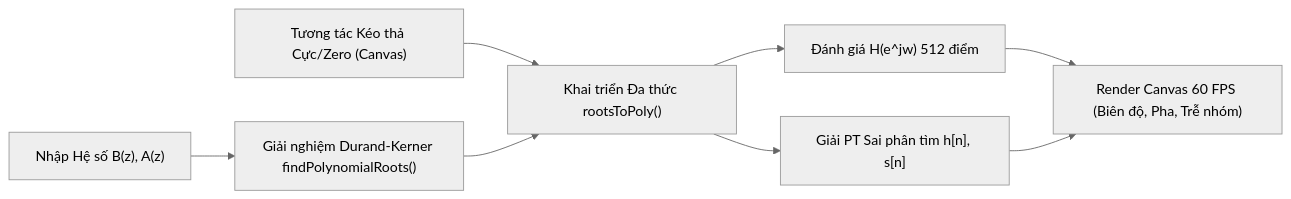
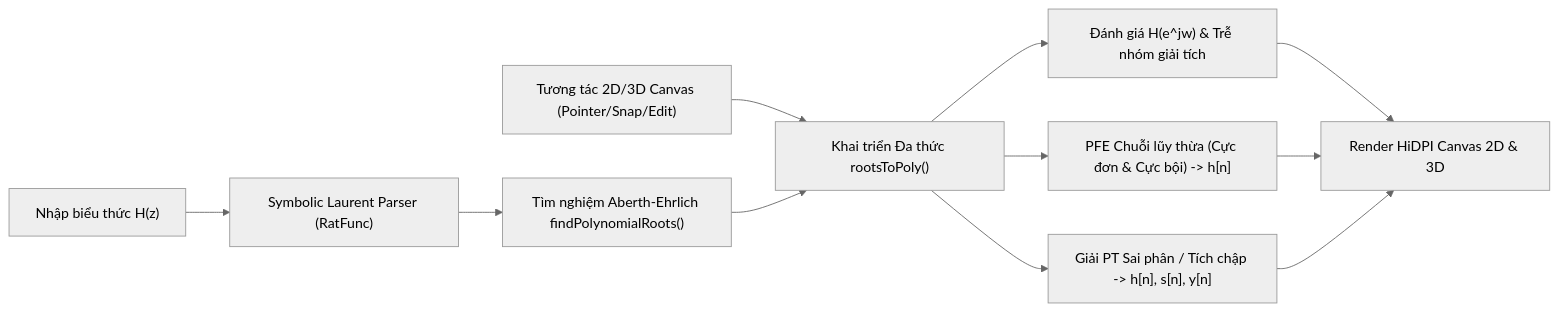
One commit to anhletuan2408-glitch/xulysotinhieu changed the diagram in BAO_CAO_THIET_KE.md. Above: the diagram before and after it, drawn with Mermaid (neutral theme). The commit also changed other lines of this file and 41 other files, not shown here.

````diff
--- a/BAO_CAO_THIET_KE.md
+++ b/BAO_CAO_THIET_KE.md
@@ -47,10 +48,13 @@
 ```mermaid
 flowchart LR
-    A["Tương tác Kéo thả Cực/Zero (Canvas)"] --> B["Khai triển Đa thức rootsToPoly()"]
-    C["Nhập Hệ số B(z), A(z)"] --> D["Giải nghiệm Durand-Kerner findPolynomialRoots()"]
-    D --> B
-    B --> E["Đánh giá H(e^jw) 512 điểm"]
-    B --> F["Giải PT Sai phân tìm h[n], s[n]"]
-    E --> G["Render Canvas 60 FPS (Biên độ, Pha, Trễ nhóm)"]
-    F --> G
+    A["Tương tác 2D/3D Canvas (Pointer/Snap/Edit)"] --> B["Khai triển Đa thức rootsToPoly()"]
+    C["Nhập biểu thức H(z)"] --> D["Symbolic Laurent Parser (RatFunc)"]
+    D --> E["Tìm nghiệm Aberth-Ehrlich findPolynomialRoots()"]
+    E --> B
+    B --> F["Đánh giá H(e^jw) & Trễ nhóm giải tích"]
+    B --> G["PFE Chuỗi lũy thừa (Cực đơn & Cực bội) -> h[n]"]
+    B --> H["Giải PT Sai phân / Tích chập -> h[n], s[n], y[n]"]
+    F --> I["Render HiDPI Canvas 2D & 3D"]
+    G --> I
+    H --> I
 ```
````
